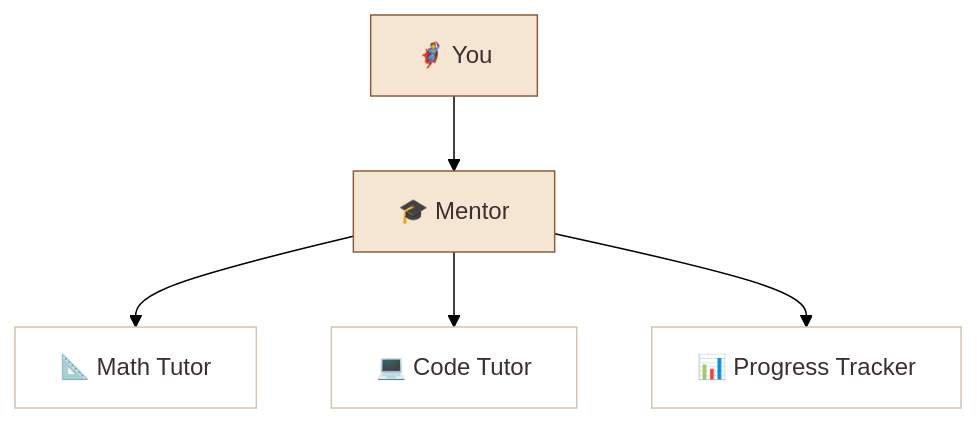
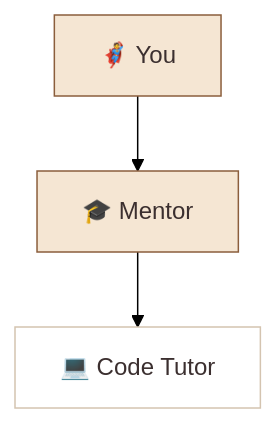
One commit to hilash/cabinets changed the diagram in ai-hero/org-chart.mermaid. Above: the diagram before and after it, drawn with Mermaid (forest theme). The commit also changed 5 other files, not shown here.

```diff
--- a/ai-hero/org-chart.mermaid
+++ b/ai-hero/org-chart.mermaid
@@ -1,17 +1,11 @@
 graph TD
     Student["🦸 You"]
     Mentor["🎓 Mentor"]
-    Math["📐 Math Tutor"]
     Code["💻 Code Tutor"]
-    Tracker["📊 Progress Tracker"]
 
     Student --> Mentor
-    Mentor --> Math
     Mentor --> Code
-    Mentor --> Tracker
 
     style Student fill:#F5E6D3,stroke:#8B5E3C,color:#3B2F2F
     style Mentor fill:#F5E6D3,stroke:#8B5E3C,color:#3B2F2F
-    style Math fill:#fff,stroke:#D4C4B0,color:#3B2F2F
     style Code fill:#fff,stroke:#D4C4B0,color:#3B2F2F
-    style Tracker fill:#fff,stroke:#D4C4B0,color:#3B2F2F
```
